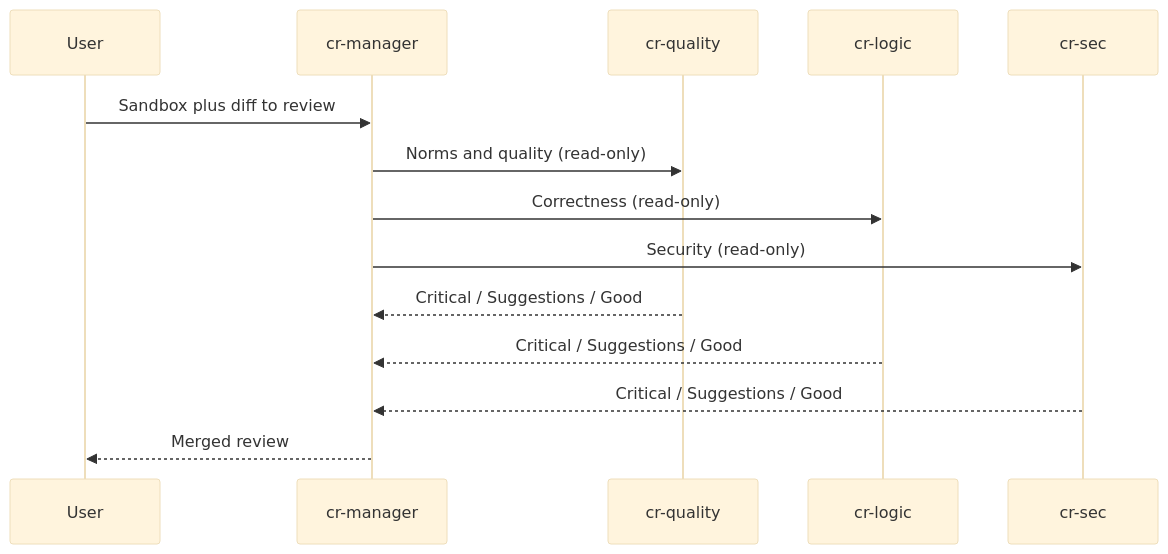
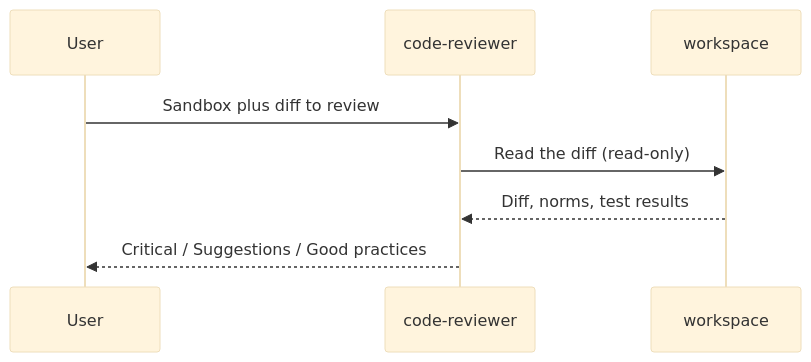
The diagram in patterns/code-review/README.md (crafting-demo/agent-patterns), drawn with Mermaid (base theme) before and after one commit. The commit also changed other lines of this file and 54 other files, not shown here.

````diff
--- a/patterns/code-review/README.md
+++ b/patterns/code-review/README.md
@@ -9,16 +11,10 @@
 ```mermaid
 sequenceDiagram
   participant User
-  participant Manager as cr-manager
-  participant Quality as cr-quality
-  participant Logic as cr-logic
-  participant Sec as cr-sec
-  User->>Manager: Sandbox plus diff to review
-  Manager->>Quality: Norms and quality (read-only)
-  Manager->>Logic: Correctness (read-only)
-  Manager->>Sec: Security (read-only)
-  Quality-->>Manager: Critical / Suggestions / Good
-  Logic-->>Manager: Critical / Suggestions / Good
-  Sec-->>Manager: Critical / Suggestions / Good
-  Manager-->>User: Merged review
+  participant CR as code-reviewer
+  participant WS as workspace
+  User->>CR: Sandbox plus diff to review
+  CR->>WS: Read the diff (read-only)
+  WS-->>CR: Diff, norms, test results
+  CR-->>User: Critical / Suggestions / Good practices
 ```
````
